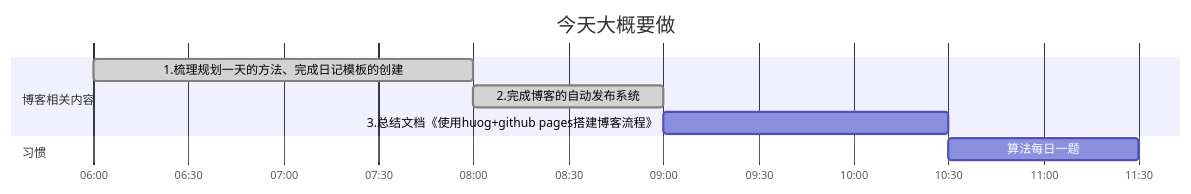
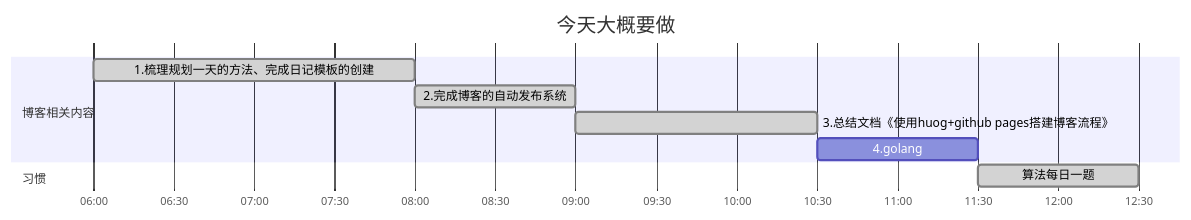
One commit to 904566722/904566722.github.io changed the diagram in 2023-05-11/index.md. Above: the diagram before and after it, drawn with Mermaid. The commit also changed other lines of this file and 180 other files, not shown here.

```diff
--- a/2023-05-11/index.md
+++ b/2023-05-11/index.md
@@ -26,15 +26,16 @@
 {{< mermaid >}}
 gantt
 dateFormat HH:mm
 axisFormat %H:%M
 tickInterval 1h
 title 今天大概要做
 
 section 博客相关内容
 1.梳理规划一天的方法、完成日记模板的创建:done,riji,06:00, 2h
 2.完成博客的自动发布系统:done,fabu, after riji, 1h
-3.总结文档《使用huog+github pages搭建博客流程》:after fabu, 90m
+3.总结文档《使用huog+github pages搭建博客流程》:done,after fabu, 90m
+4.golang: 1h 
 
 section 习惯
-算法每日一题: 1h
+算法每日一题:done, 1h
 {{< /mermaid >}}
```
